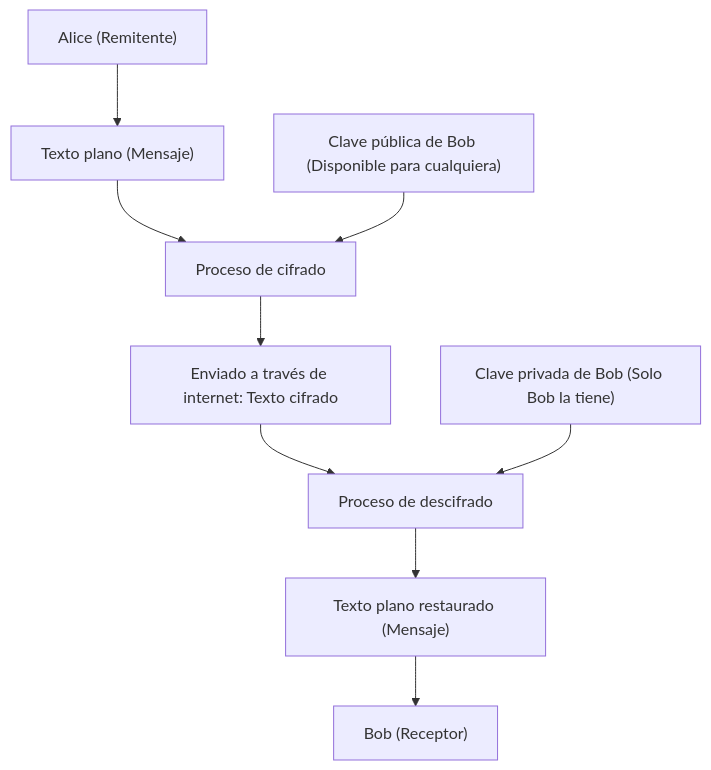
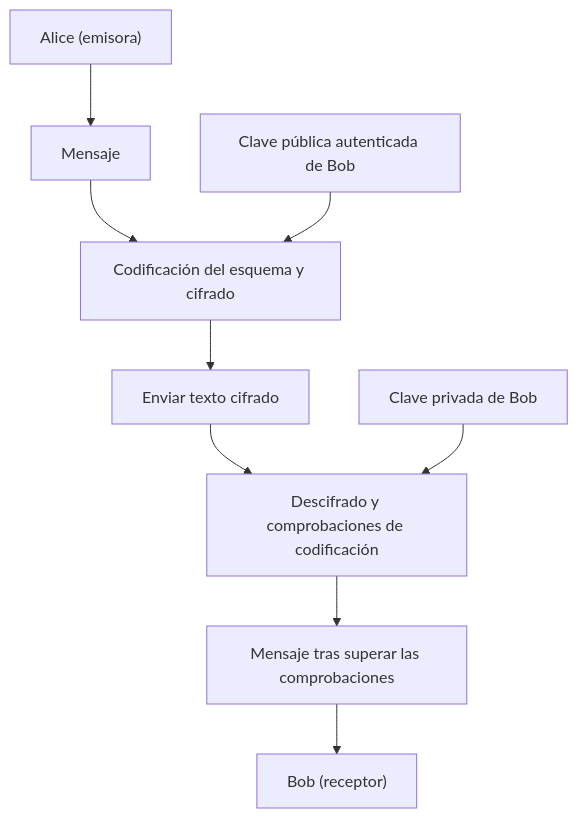
Before and after one commit to kenjinote/blog: the first of 3 diagrams in content/post/rsa暗号の仕組みを高校生でもわかるように説明する/index.es.md, drawn with Mermaid. The commit also changed other lines of this file and 5 other files, not shown here.

````diff
--- a/content/post/rsa暗号の仕組みを高校生でもわかるように説明する/index.es.md
+++ b/content/post/rsa暗号の仕組みを高校生でもわかるように説明する/index.es.md
@@ -45,11 +23,11 @@
 ```mermaid
 graph TD
-    A["Alice (Remitente)"] --> B["Texto plano (Mensaje)"]
-    B --> C["Proceso de cifrado"]
-    D["Clave pública de Bob (Disponible para cualquiera)"] --> C
-    C --> E["Enviado a través de internet: Texto cifrado"]
-    E --> F["Proceso de descifrado"]
-    G["Clave privada de Bob (Solo Bob la tiene)"] --> F
-    F --> H["Texto plano restaurado (Mensaje)"]
-    H --> I["Bob (Receptor)"]
+    A["Alice (emisora)"] --> B["Mensaje"]
+    B --> C["Codificación del esquema y cifrado"]
+    D["Clave pública autenticada de Bob"] --> C
+    C --> E["Enviar texto cifrado"]
+    E --> F["Descifrado y comprobaciones de codificación"]
+    G["Clave privada de Bob"] --> F
+    F --> H["Mensaje tras superar las comprobaciones"]
+    H --> I["Bob (receptor)"]
 ```
````
